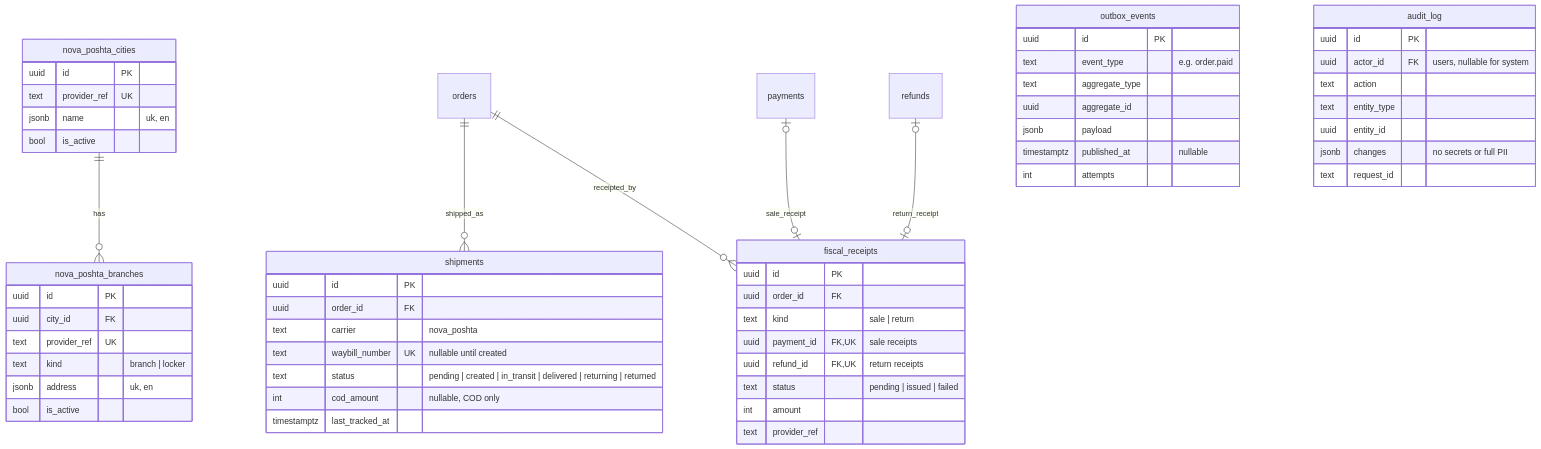
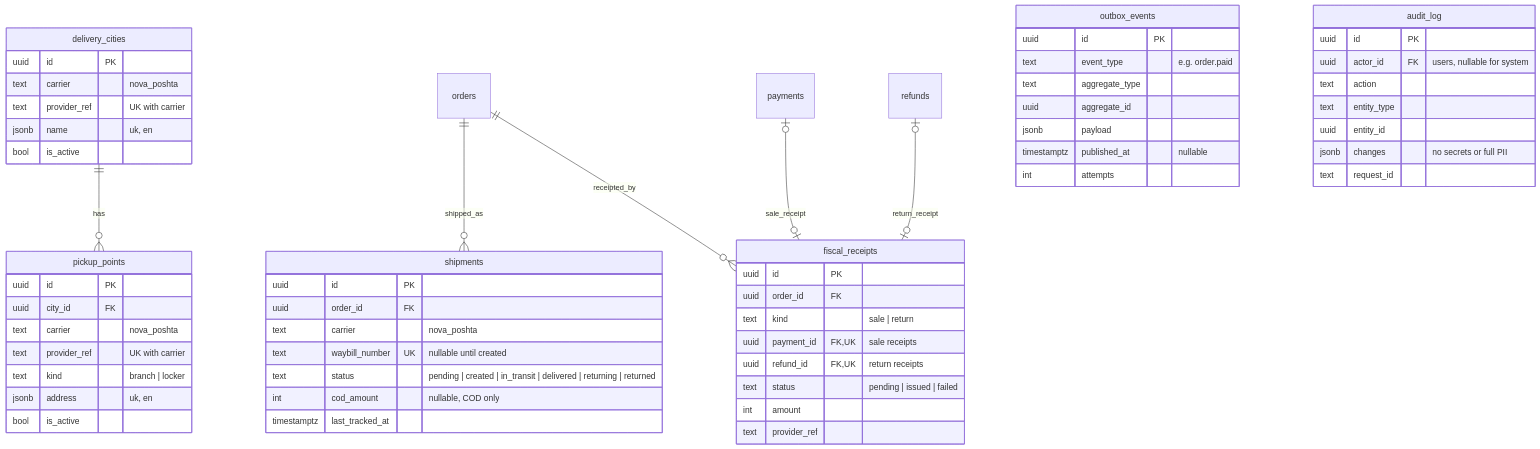
The fifth of 6 diagrams in docs/architecture.md (inhix/nodejs-shop), drawn with Mermaid before and after one commit. The commit also changed other lines of this file and 1 other file, not shown here.

First line of the commit message:
docs(docs): name carrier directories pickup_points and delivery_cities

````diff
--- a/docs/architecture.md
+++ b/docs/architecture.md
@@ -300,59 +300,61 @@
 ```mermaid
 erDiagram
-    nova_poshta_cities ||--o{ nova_poshta_branches : has
+    delivery_cities ||--o{ pickup_points : has
     orders ||--o{ shipments : shipped_as
     orders ||--o{ fiscal_receipts : receipted_by
     payments |o--o| fiscal_receipts : sale_receipt
     refunds |o--o| fiscal_receipts : return_receipt
     shipments {
         uuid id PK
         uuid order_id FK
         text carrier "nova_poshta"
         text waybill_number UK "nullable until created"
         text status "pending | created | in_transit | delivered | returning | returned"
         int cod_amount "nullable, COD only"
         timestamptz last_tracked_at
     }
-    nova_poshta_cities {
+    delivery_cities {
         uuid id PK
-        text provider_ref UK
+        text carrier "nova_poshta"
+        text provider_ref "UK with carrier"
         jsonb name "uk, en"
         bool is_active
     }
-    nova_poshta_branches {
+    pickup_points {
         uuid id PK
         uuid city_id FK
-        text provider_ref UK
+        text carrier "nova_poshta"
+        text provider_ref "UK with carrier"
         text kind "branch | locker"
         jsonb address "uk, en"
         bool is_active
     }
     fiscal_receipts {
         uuid id PK
         uuid order_id FK
         text kind "sale | return"
         uuid payment_id FK, UK "sale receipts"
         uuid refund_id FK, UK "return receipts"
         text status "pending | issued | failed"
         int amount
         text provider_ref
     }
     outbox_events {
         uuid id PK
         text event_type "e.g. order.paid"
         text aggregate_type
         uuid aggregate_id
         jsonb payload
         timestamptz published_at "nullable"
         int attempts
     }
     audit_log {
         uuid id PK
         uuid actor_id FK "users, nullable for system"
         text action
         text entity_type
         uuid entity_id
         jsonb changes "no secrets or full PII"
         text request_id
     }
 ```
````
